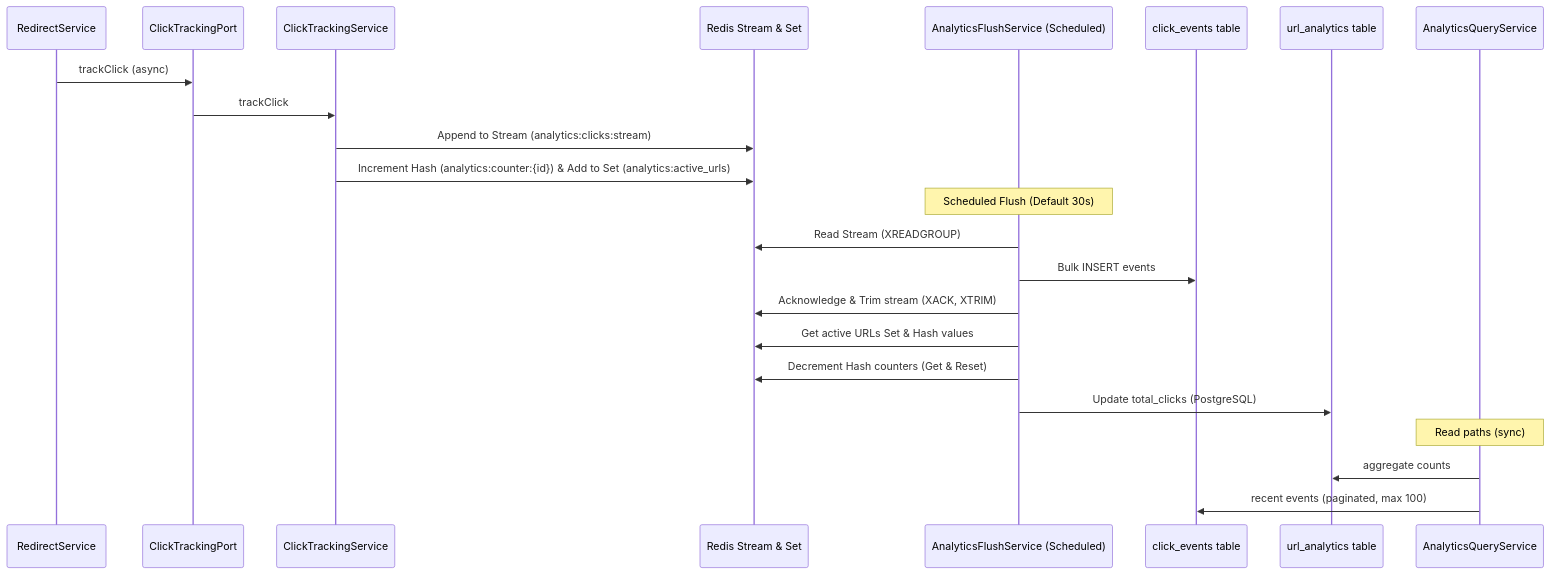
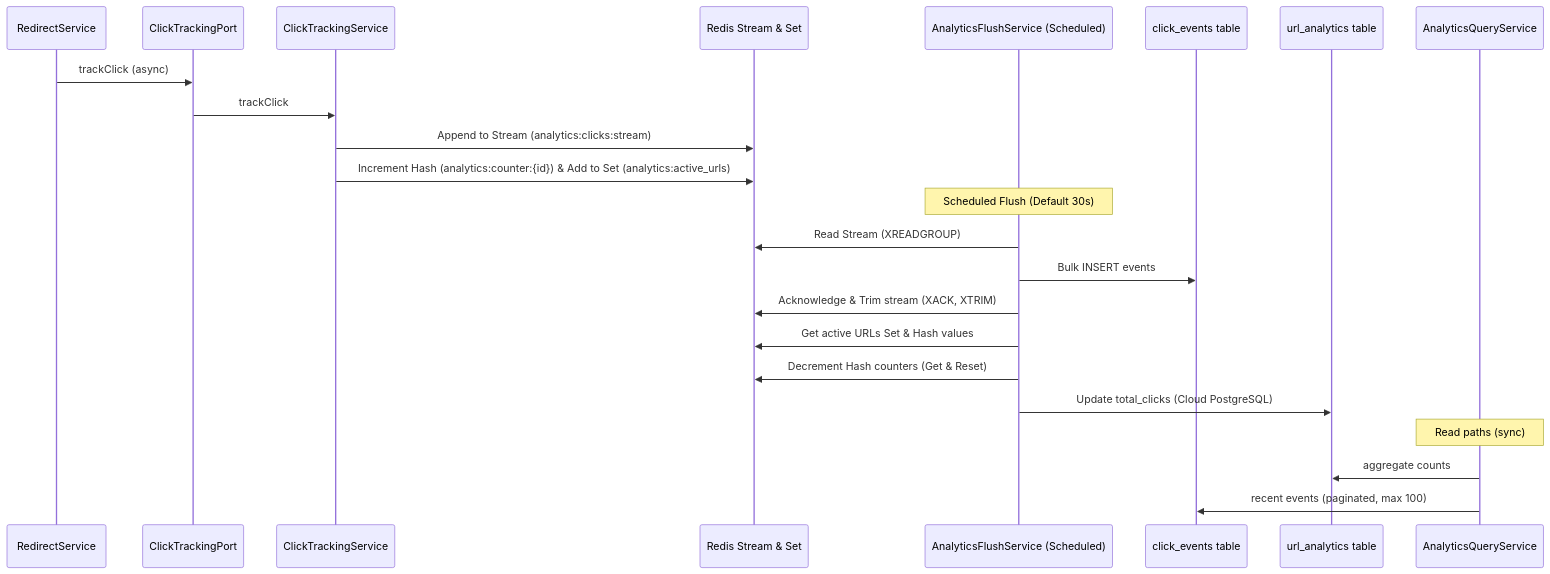
One commit to SlayerBit/linkflow changed the ninth of 11 diagrams in docs/system-design.md. Above: the diagram before and after it, drawn with Mermaid. The commit also changed other lines of this file and 8 other files, not shown here.

Commit message:
feat(infra): migrate PostgreSQL from Docker to Neon

````diff
--- a/docs/system-design.md
+++ b/docs/system-design.md
@@ -311,29 +311,29 @@
 ```mermaid
 sequenceDiagram
     participant RedirectService as RedirectService
     participant Port as ClickTrackingPort
     participant TrackingService as ClickTrackingService
     participant Redis as Redis Stream & Set
     participant Flusher as AnalyticsFlushService (Scheduled)
     participant ClickEvents as click_events table
     participant UrlAnalytics as url_analytics table
     participant ReadApi as AnalyticsQueryService
 
     RedirectService->>Port: trackClick (async)
     Port->>TrackingService: trackClick
     TrackingService->>Redis: Append to Stream (analytics:clicks:stream)
     TrackingService->>Redis: Increment Hash (analytics:counter:{id}) & Add to Set (analytics:active_urls)
 
     Note over Flusher: Scheduled Flush (Default 30s)
     Flusher->>Redis: Read Stream (XREADGROUP)
     Flusher->>ClickEvents: Bulk INSERT events
     Flusher->>Redis: Acknowledge & Trim stream (XACK, XTRIM)
 
     Flusher->>Redis: Get active URLs Set & Hash values
     Flusher->>Redis: Decrement Hash counters (Get & Reset)
-    Flusher->>UrlAnalytics: Update total_clicks (PostgreSQL)
+    Flusher->>UrlAnalytics: Update total_clicks (Cloud PostgreSQL)
 
     Note over ReadApi: Read paths (sync)
     ReadApi->>UrlAnalytics: aggregate counts
     ReadApi->>ClickEvents: recent events (paginated, max 100)
 ```
````
